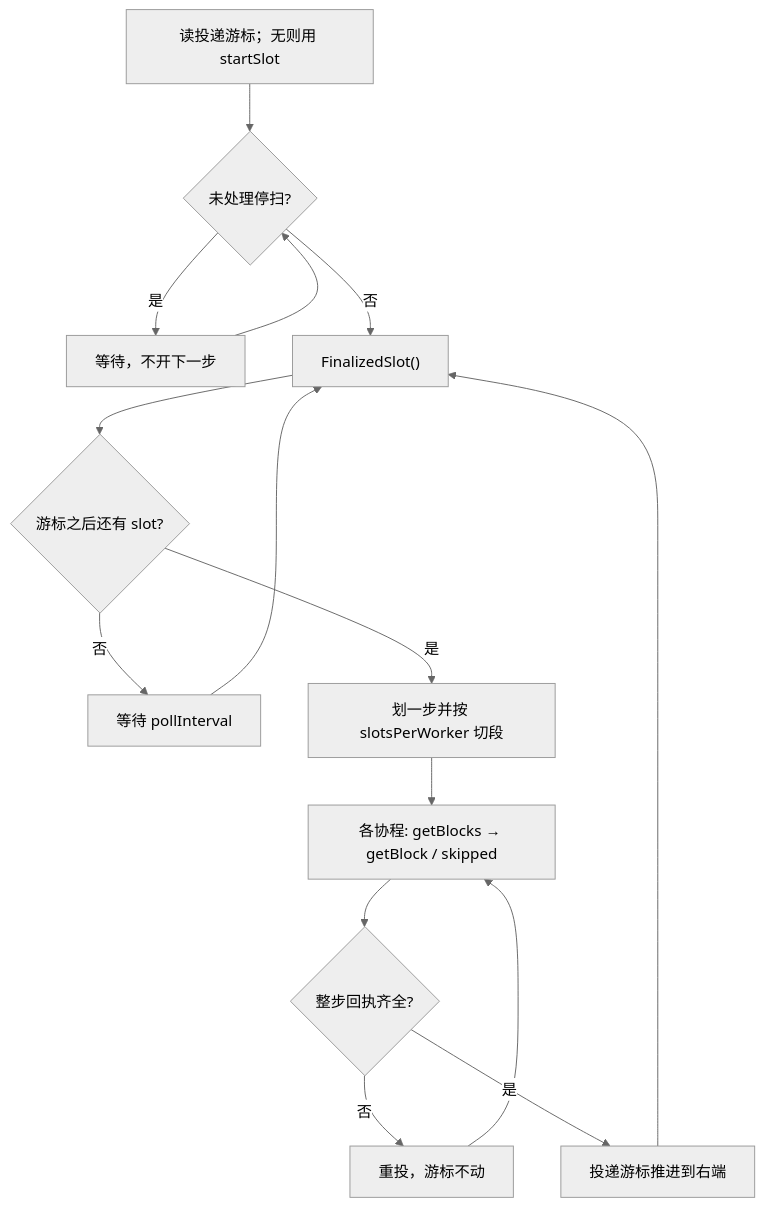
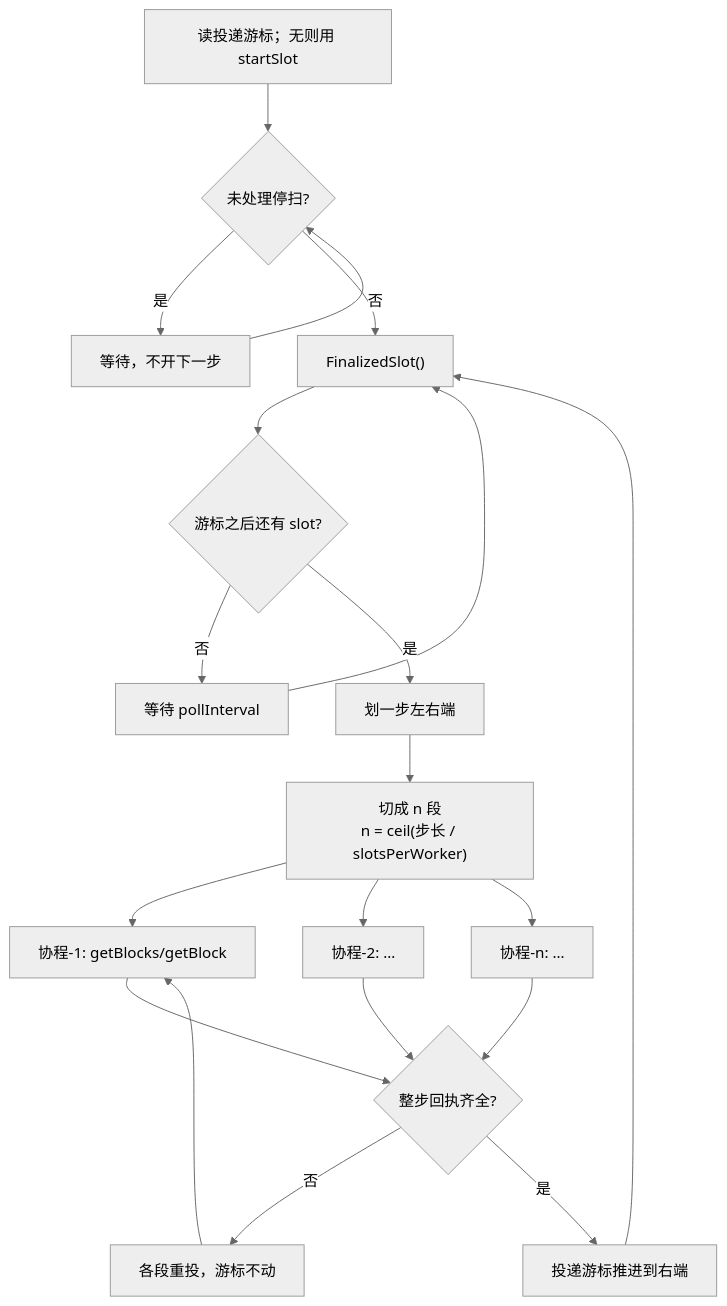
The second of 3 diagrams in README.md (Stone-afk/sol-scanner-service), drawn with Mermaid (neutral theme) before and after one commit. The commit also changed other lines of this file, not shown here.

Commit message:
docs(readme): show scanner worker fan-out in architecture diagrams

````diff
--- a/README.md
+++ b/README.md
@@ -48,13 +57,16 @@
 ```mermaid
 flowchart TD
     A["读投递游标；无则用 startSlot"] --> H{"未处理停扫?"}
     H -- 是 --> Z["等待，不开下一步"] --> H
     H -- 否 --> B["FinalizedSlot()"]
     B --> C{"游标之后还有 slot?"}
-    C -- 否 --> W["等待 pollInterval"] --> B
-    C -- 是 --> D["划一步并按 slotsPerWorker 切段"]
-    D --> F["各协程: getBlocks → getBlock / skipped"]
-    F --> G{"整步回执齐全?"}
-    G -- 否 --> R["重投，游标不动"] --> F
+    C -- 否 --> Wait["等待 pollInterval"] --> B
+    C -- 是 --> D["划一步左右端"]
+    D --> E["切成 n 段<br/>n = ceil(步长 / slotsPerWorker)"]
+    E --> F1["协程-1: getBlocks/getBlock"]
+    E --> F2["协程-2: …"]
+    E --> Fn["协程-n: …"]
+    F1 & F2 & Fn --> G{"整步回执齐全?"}
+    G -- 否 --> R["各段重投，游标不动"] --> F1
     G -- 是 --> U["投递游标推进到右端"] --> B
 ```
````
